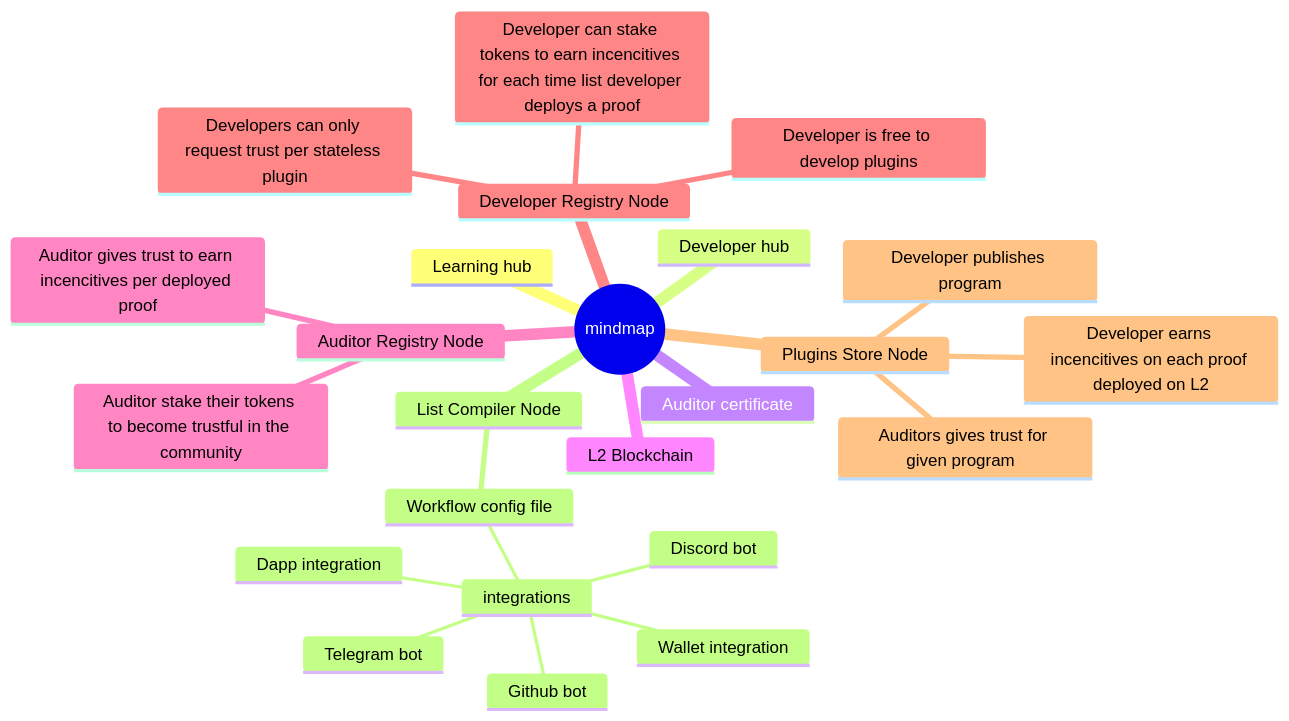
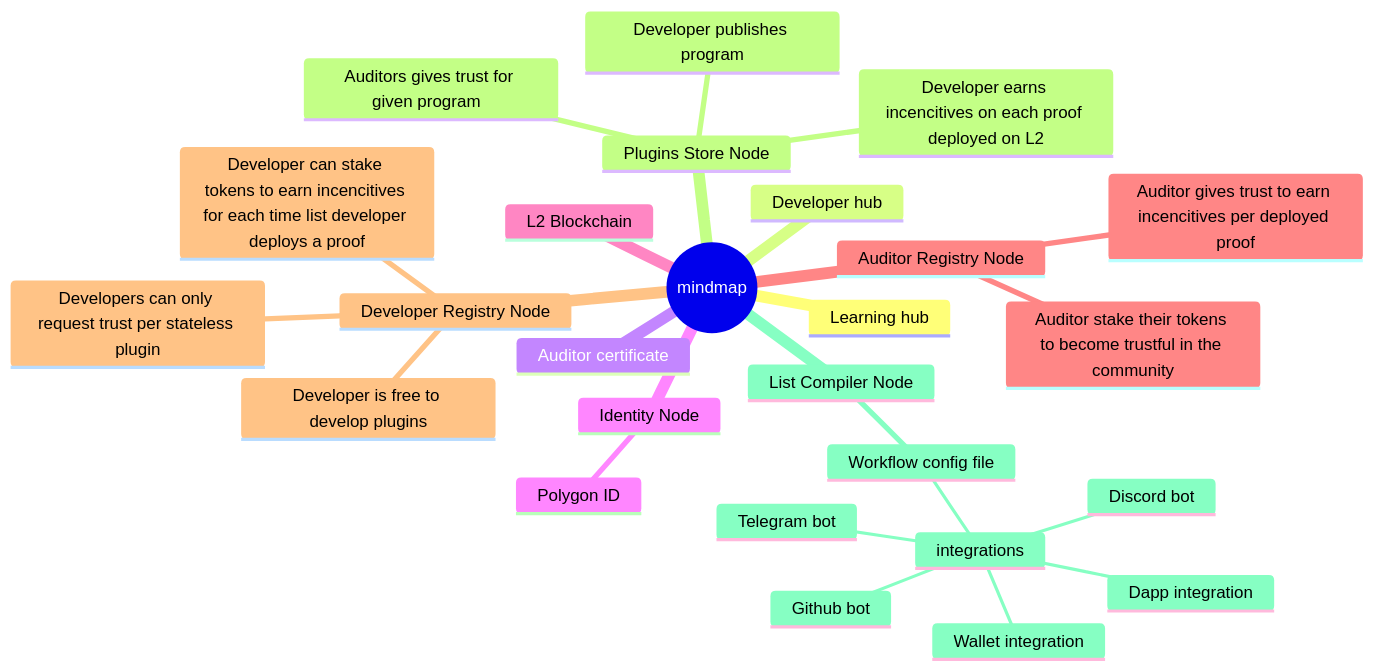
Before and after one commit to ZeroXnext/0xList: the diagram in architecture/mindmap.mmd, drawn with Mermaid.

Commit message:
docs: add identity layer to mindmap

```diff
--- a/architecture/mindmap.mmd
+++ b/architecture/mindmap.mmd
@@ -1,28 +1,30 @@
 mindmap
   root((mindmap))
     Learning hub
     Developer hub
     Auditor certificate
+    Identity Node
+      Polygon ID
     L2 Blockchain
     Auditor Registry Node
       Auditor gives trust to earn incencitives per deployed proof
       Auditor stake their tokens to become trustful in the community
     
     Developer Registry Node
       Developers can only request trust per stateless plugin
       Developer is free to develop plugins
       Developer can stake tokens to earn incencitives for each time list developer deploys a proof
 
     Plugins Store Node
       Developer publishes program
       Developer earns incencitives on each proof deployed on L2
       Auditors gives trust for given program  
 
     List Compiler Node
       Workflow config file
         integrations
           Github bot
           Discord bot
           Telegram bot
           Wallet integration
           Dapp integration
```
